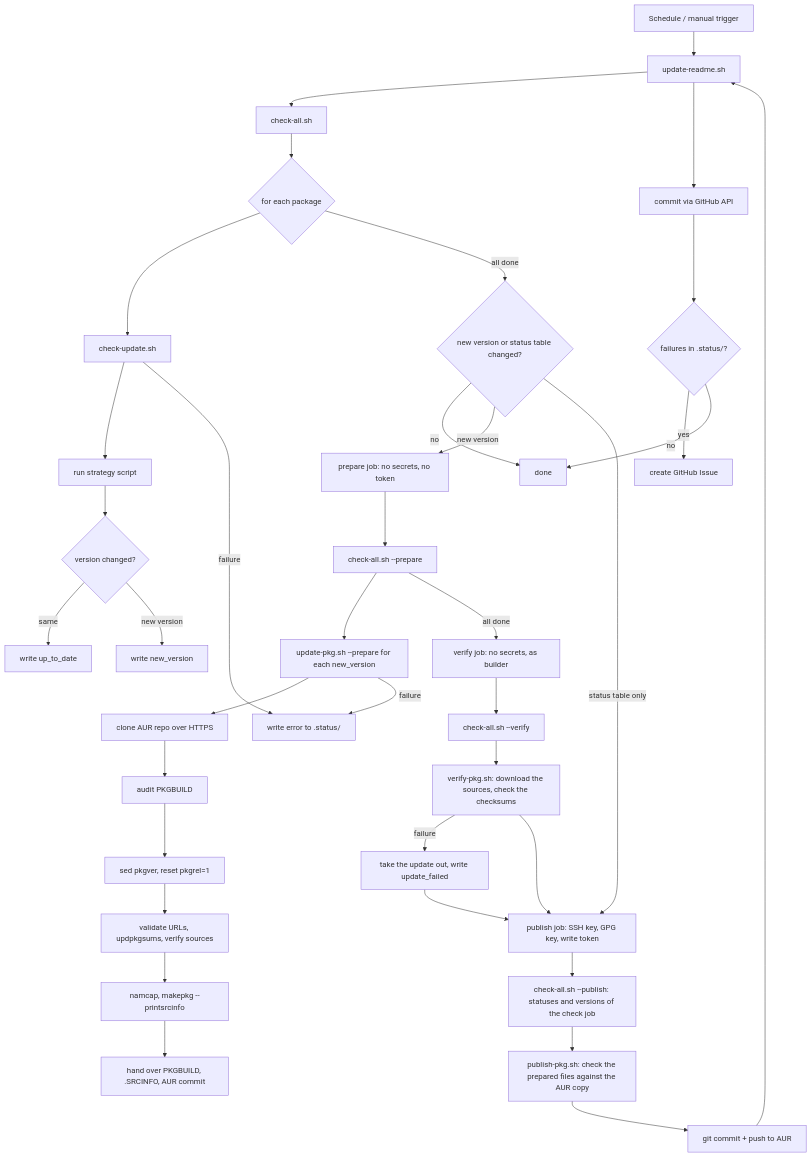
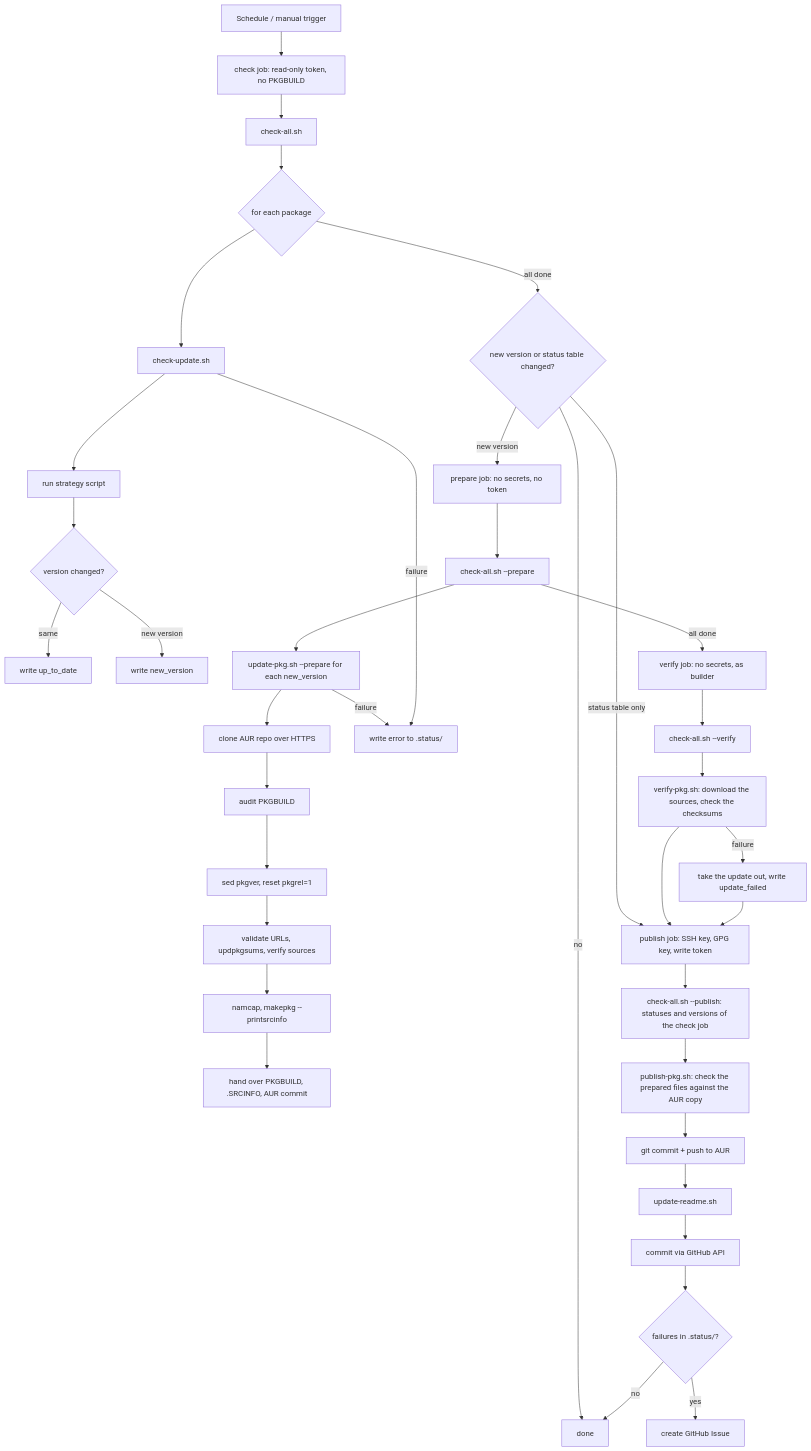
One commit to noctuum/sibyl changed the diagram in docs/WORKFLOW.md. Above: the diagram before and after it, drawn with Mermaid. The commit also changed other lines of this file and 4 other files, not shown here.

````diff
--- a/docs/WORKFLOW.md
+++ b/docs/WORKFLOW.md
@@ -20,39 +20,39 @@
 ```mermaid
 flowchart TD
     A[Schedule / manual trigger] --> K[check job: read-only token, no PKGBUILD]
     K --> B[check-all.sh]
     B --> C{for each package}
     C --> D[check-update.sh]
     D --> E[run strategy script]
     E --> F{version changed?}
     F -->|same| G[write up_to_date]
     F -->|new version| G2[write new_version]
     C -->|all done| W{new version or status table changed?}
     W -->|no| O[done]
     W -->|new version| P[prepare job: no secrets, no token]
     W -->|status table only| Q
     P --> B2[check-all.sh --prepare]
     B2 --> H[update-pkg.sh --prepare for each new_version]
     H --> H1[clone AUR repo over HTTPS]
     H1 --> H2[audit PKGBUILD]
     H2 --> H3[sed pkgver, reset pkgrel=1]
     H3 --> H4[validate URLs, updpkgsums, verify sources]
     H4 --> H5[namcap, makepkg --printsrcinfo]
     H5 --> H6[hand over PKGBUILD, .SRCINFO, AUR commit]
     H -->|failure| J[write error to .status/]
     D -->|failure| J
     B2 -->|all done| V[verify job: no secrets, as builder]
     V --> V1[check-all.sh --verify]
     V1 --> V2[verify-pkg.sh: download the sources, check the checksums]
     V2 -->|failure| V3[take the update out, write update_failed]
     V2 --> Q[publish job: SSH key, GPG key, write token]
     V3 --> Q
     Q --> R[check-all.sh --publish: statuses and versions of the check job]
     R --> R2[publish-pkg.sh: check the prepared files against the AUR copy]
     R2 --> R3[git commit + push to AUR]
-    R3 --> K[update-readme.sh]
-    K --> L[commit via GitHub API]
+    R3 --> U[update-readme.sh]
+    U --> L[commit via GitHub API]
     L --> M{failures in .status/?}
     M -->|yes| N[create GitHub Issue]
     M -->|no| O
 ```
````
